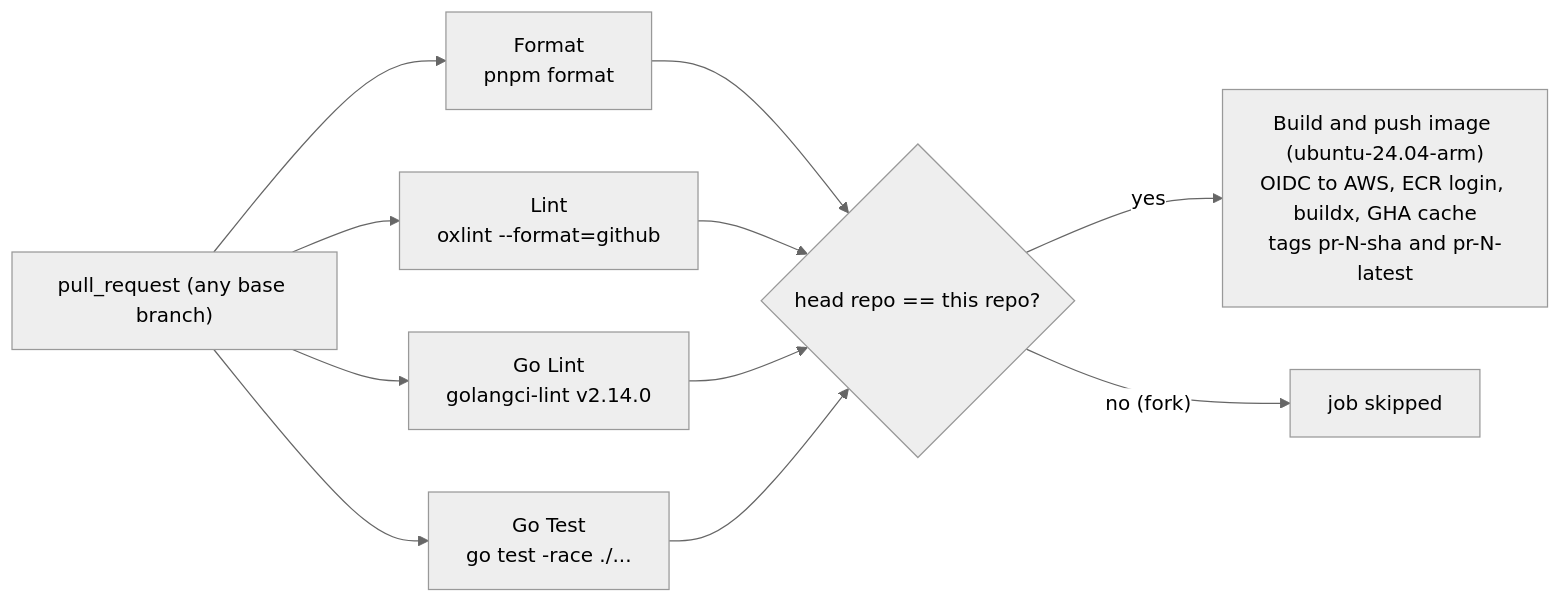
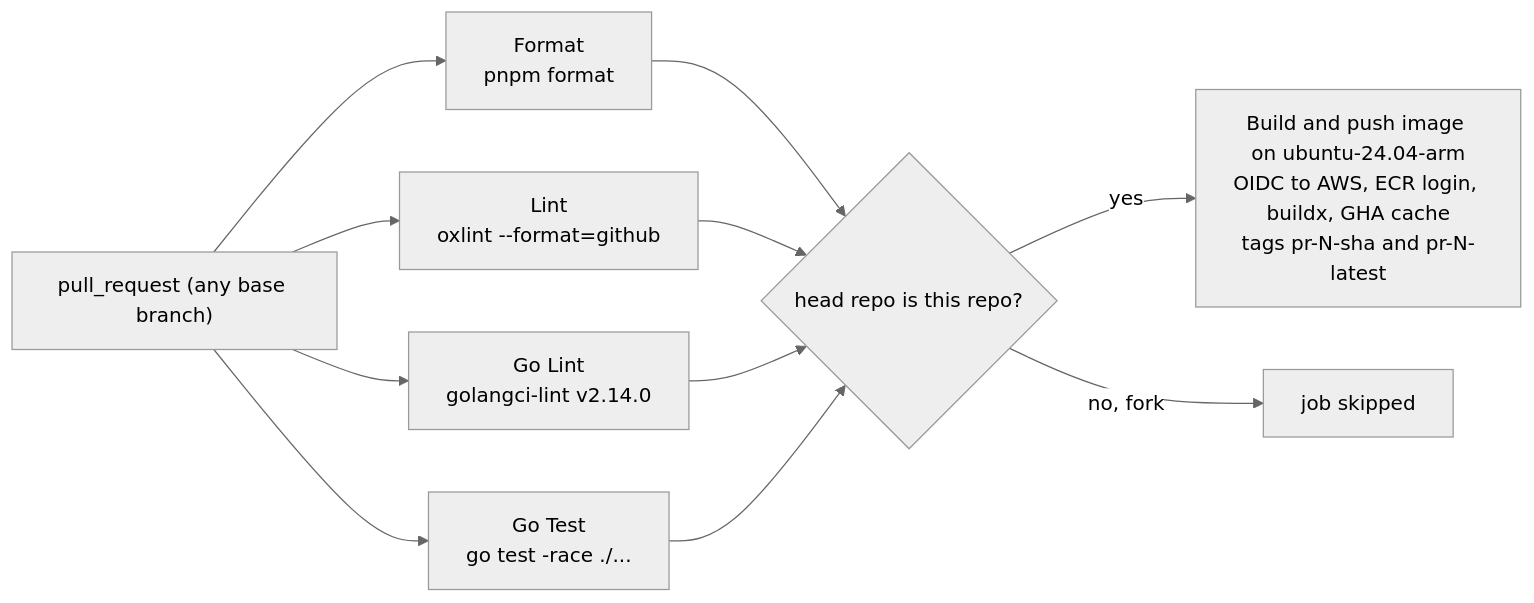
Before and after one commit to fatin-suhaimi/teacher-workspace: the second of 4 diagrams in docs/engineering-onboarding/08-infrastructure-and-operations.md, drawn with Mermaid (neutral theme). The commit also changed other lines of this file and 2 other files, not shown here.

Commit message:
docs(`engineering-onboarding`): use conservative Mermaid syntax in 08 diagrams

````diff
--- a/docs/engineering-onboarding/08-infrastructure-and-operations.md
+++ b/docs/engineering-onboarding/08-infrastructure-and-operations.md
@@ -50,13 +50,14 @@
 ```mermaid
 flowchart LR
     PR["pull_request (any base branch)"] --> F["Format<br/>pnpm format"]
     PR --> L["Lint<br/>oxlint --format=github"]
     PR --> GL["Go Lint<br/>golangci-lint v2.14.0"]
     PR --> GT["Go Test<br/>go test -race ./..."]
     F --> IMG
     L --> IMG
     GL --> IMG
     GT --> IMG
-    IMG{"head repo == this repo?"} -- yes --> B["Build and push image (ubuntu-24.04-arm)<br/>OIDC to AWS, ECR login, buildx, GHA cache<br/>tags pr-N-sha and pr-N-latest"]
-    IMG -- "no (fork)" --> SKIP["job skipped"]
+    IMG{"head repo is this repo?"}
+    IMG -->|yes| B["Build and push image on ubuntu-24.04-arm<br/>OIDC to AWS, ECR login, buildx, GHA cache<br/>tags pr-N-sha and pr-N-latest"]
+    IMG -->|no, fork| SKIP["job skipped"]
 ```
````
